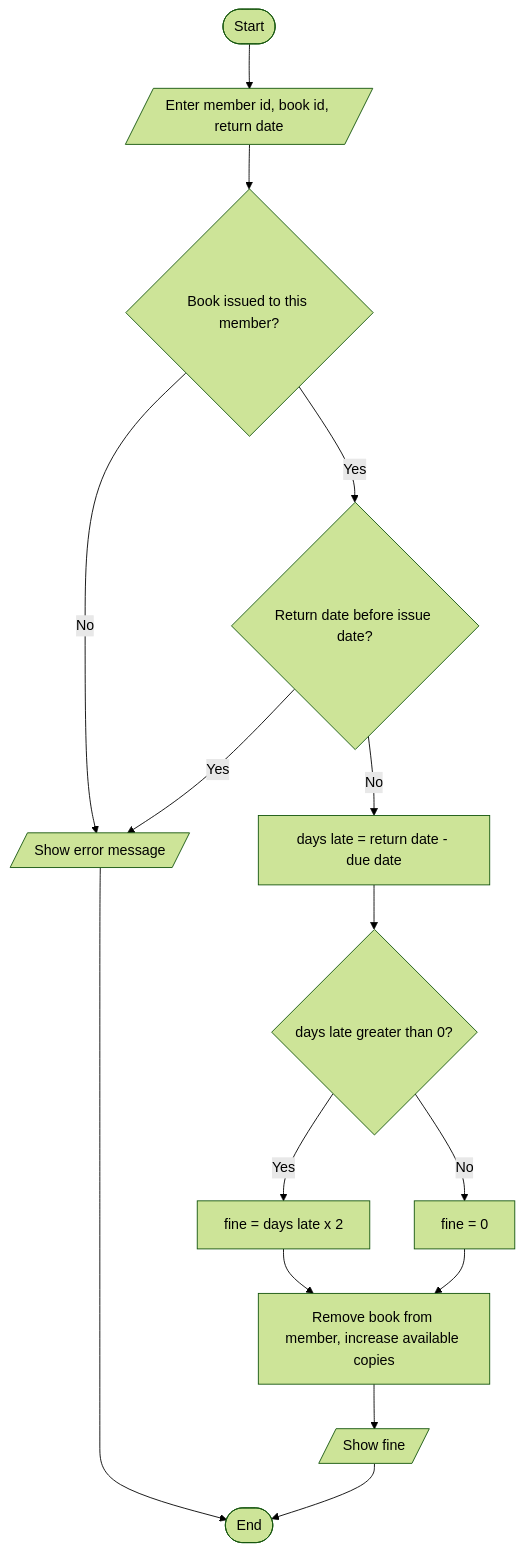
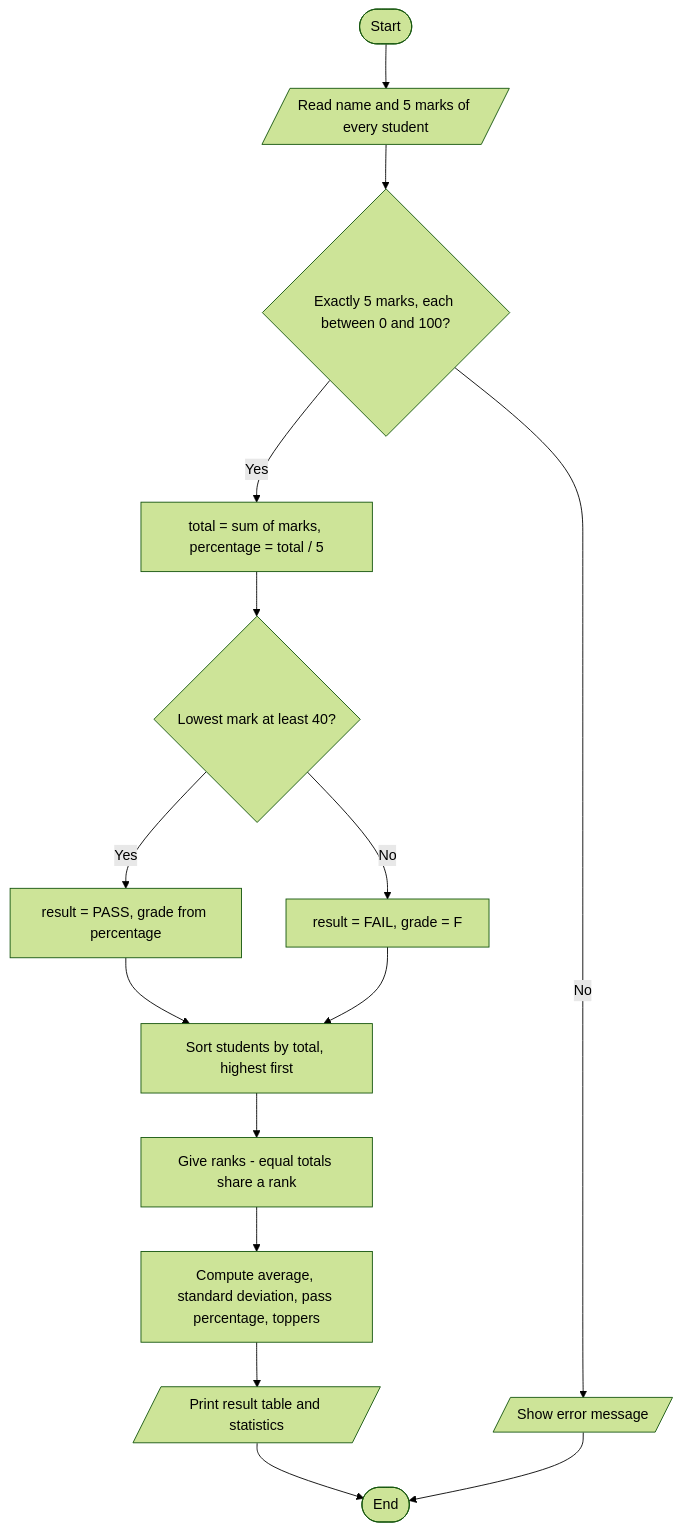
Before and after one commit to AtlaSwathi29/2026_27_CSE4-221_python_programming: the diagram in README.md, drawn with Mermaid (forest theme). The commit also changed other lines of this file and 4 other files, not shown here.

````diff
--- a/README.md
+++ b/README.md
@@ -82,17 +61,17 @@
 ```mermaid
 flowchart TD
-    A(["Start"]) --> B[/"Enter member id, book id, return date"/]
-    B --> C{"Book issued to this member?"}
+    A(["Start"]) --> B[/"Read name and 5 marks of every student"/]
+    B --> C{"Exactly 5 marks, each between 0 and 100?"}
     C -- No --> ERR[/"Show error message"/]
-    C -- Yes --> D{"Return date before issue date?"}
-    D -- Yes --> ERR
-    D -- No --> E["days late = return date - due date"]
-    E --> F{"days late greater than 0?"}
-    F -- Yes --> G["fine = days late x 2"]
-    F -- No --> H["fine = 0"]
-    G --> I["Remove book from member, increase available copies"]
-    H --> I
-    I --> J[/"Show fine"/]
-    J --> Z(["End"])
+    C -- Yes --> D["total = sum of marks, percentage = total / 5"]
+    D --> E{"Lowest mark at least 40?"}
+    E -- Yes --> F["result = PASS, grade from percentage"]
+    E -- No --> G["result = FAIL, grade = F"]
+    F --> H["Sort students by total, highest first"]
+    G --> H
+    H --> I["Give ranks - equal totals share a rank"]
+    I --> J["Compute average, standard deviation, pass percentage, toppers"]
+    J --> K[/"Print result table and statistics"/]
+    K --> Z(["End"])
     ERR --> Z
 ```
````
